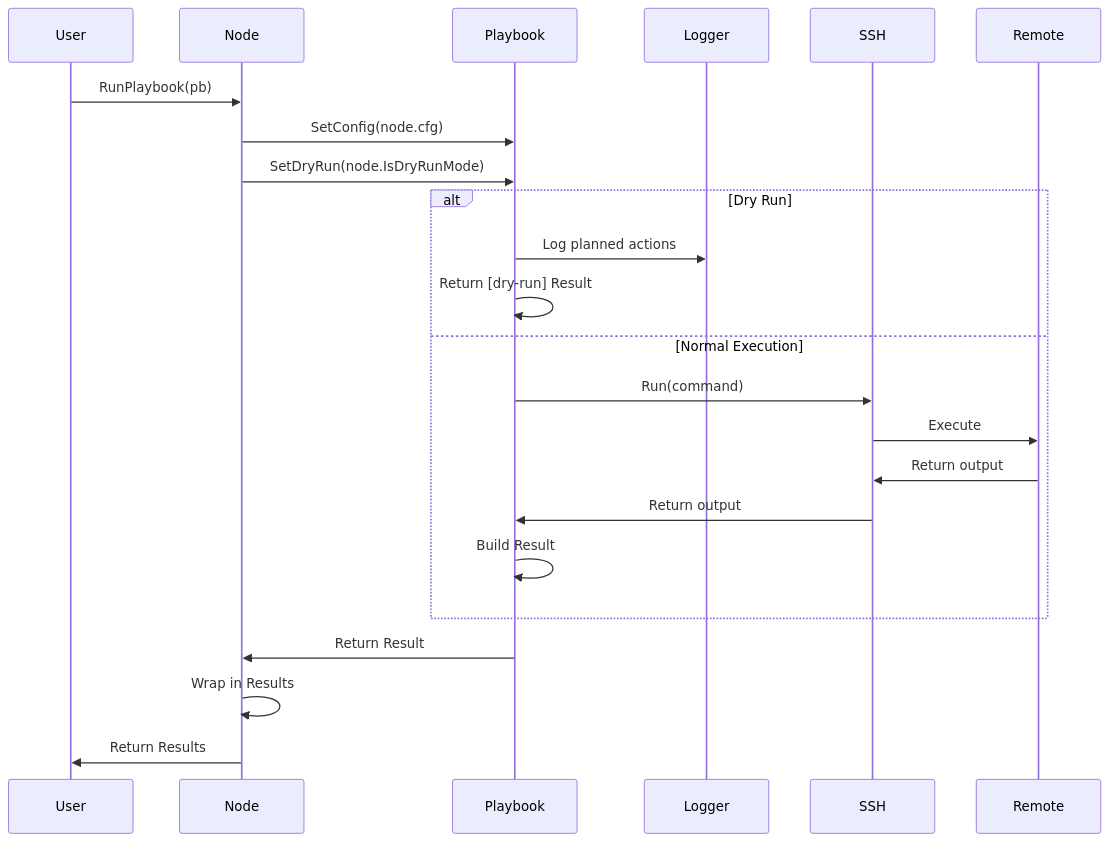
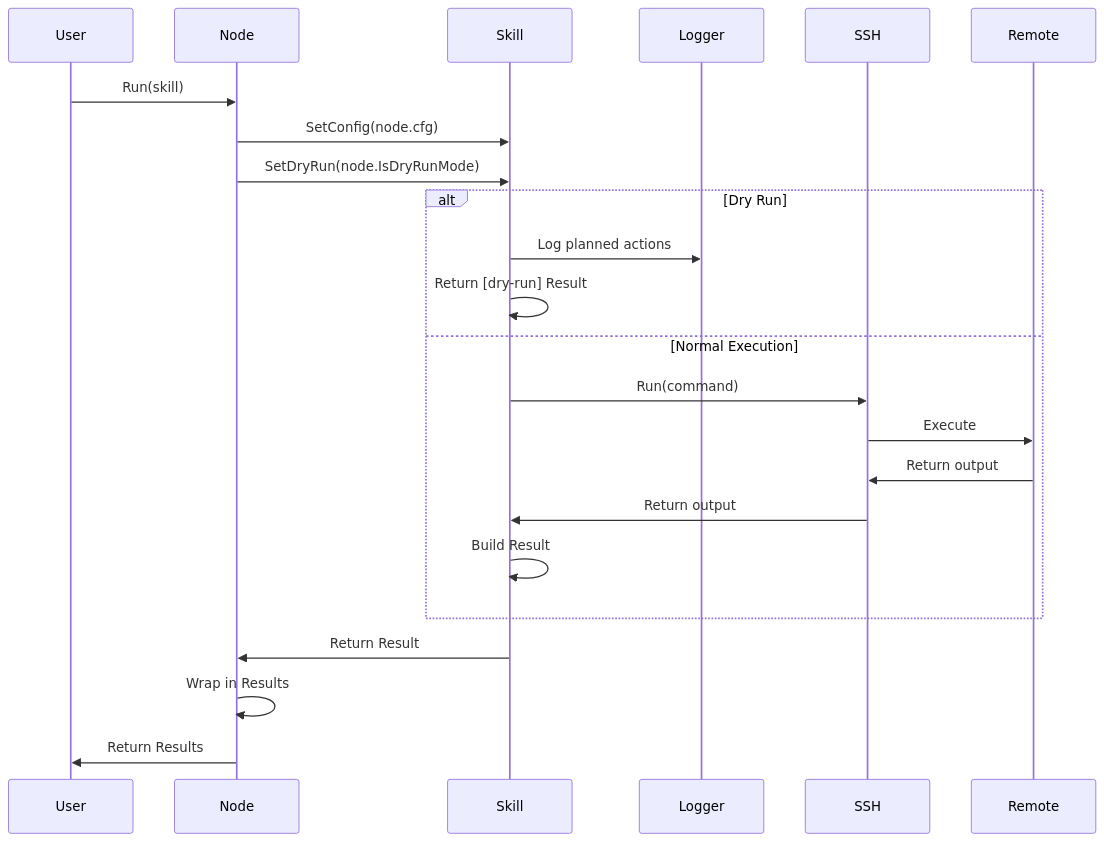
One commit to dracory/ork changed the tenth of 12 diagrams in docs/livewiki/architecture.md. Above: the diagram before and after it, drawn with Mermaid. The commit also changed other lines of this file and 20 other files, not shown here.

````diff
--- a/docs/livewiki/architecture.md
+++ b/docs/livewiki/architecture.md
@@ -345,21 +379,21 @@
 ```mermaid
 sequenceDiagram
-    User->>Node: RunPlaybook(pb)
-    Node->>Playbook: SetConfig(node.cfg)
-    Node->>Playbook: SetDryRun(node.IsDryRunMode)
+    User->>Node: Run(skill)
+    Node->>Skill: SetConfig(node.cfg)
+    Node->>Skill: SetDryRun(node.IsDryRunMode)
     
     alt Dry Run
-        Playbook->>Logger: Log planned actions
-        Playbook->>Playbook: Return [dry-run] Result
+        Skill->>Logger: Log planned actions
+        Skill->>Skill: Return [dry-run] Result
     else Normal Execution
-        Playbook->>SSH: Run(command)
+        Skill->>SSH: Run(command)
         SSH->>Remote: Execute
         Remote->>SSH: Return output
-        SSH->>Playbook: Return output
-        Playbook->>Playbook: Build Result
+        SSH->>Skill: Return output
+        Skill->>Skill: Build Result
     end
     
-    Playbook->>Node: Return Result
+    Skill->>Node: Return Result
     Node->>Node: Wrap in Results
     Node->>User: Return Results
 ```
````
